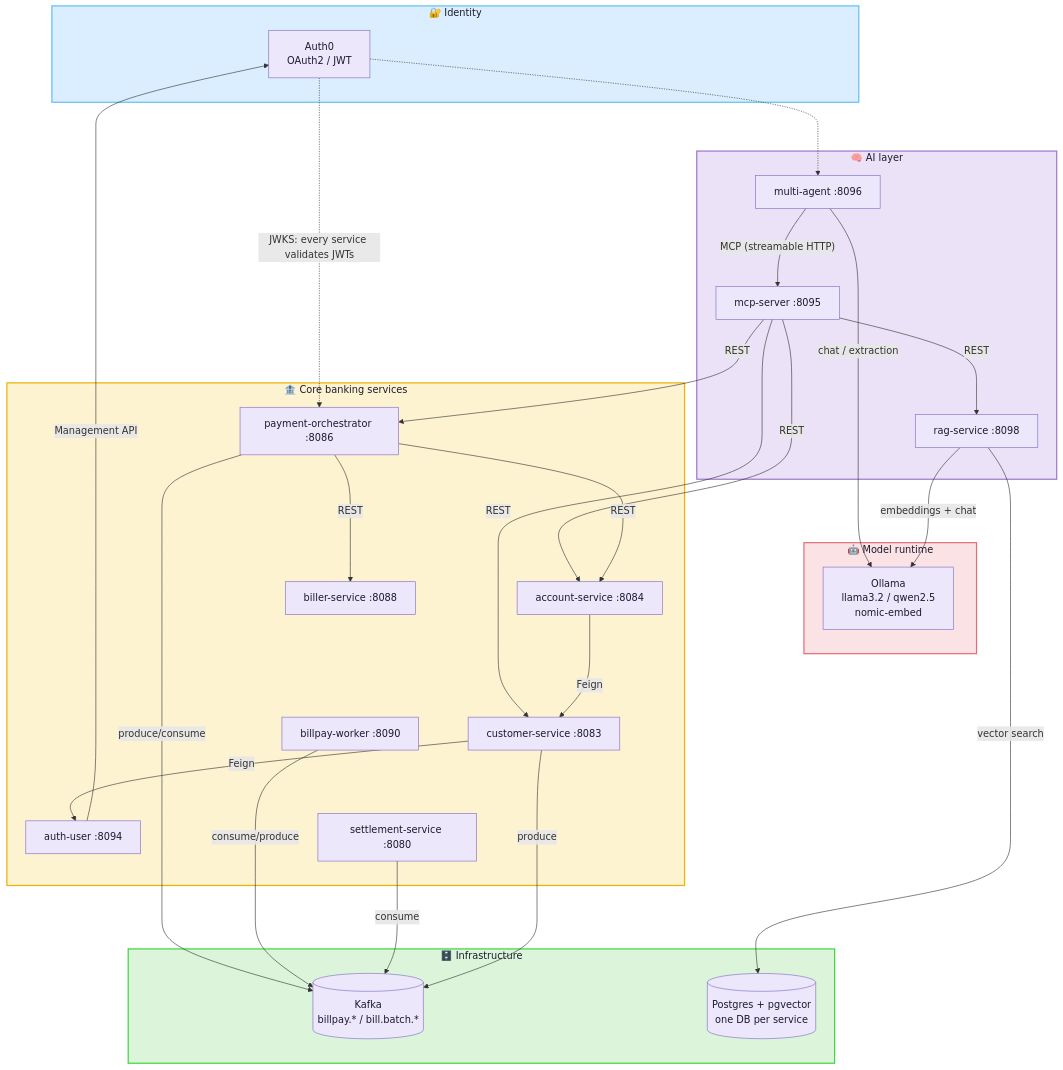
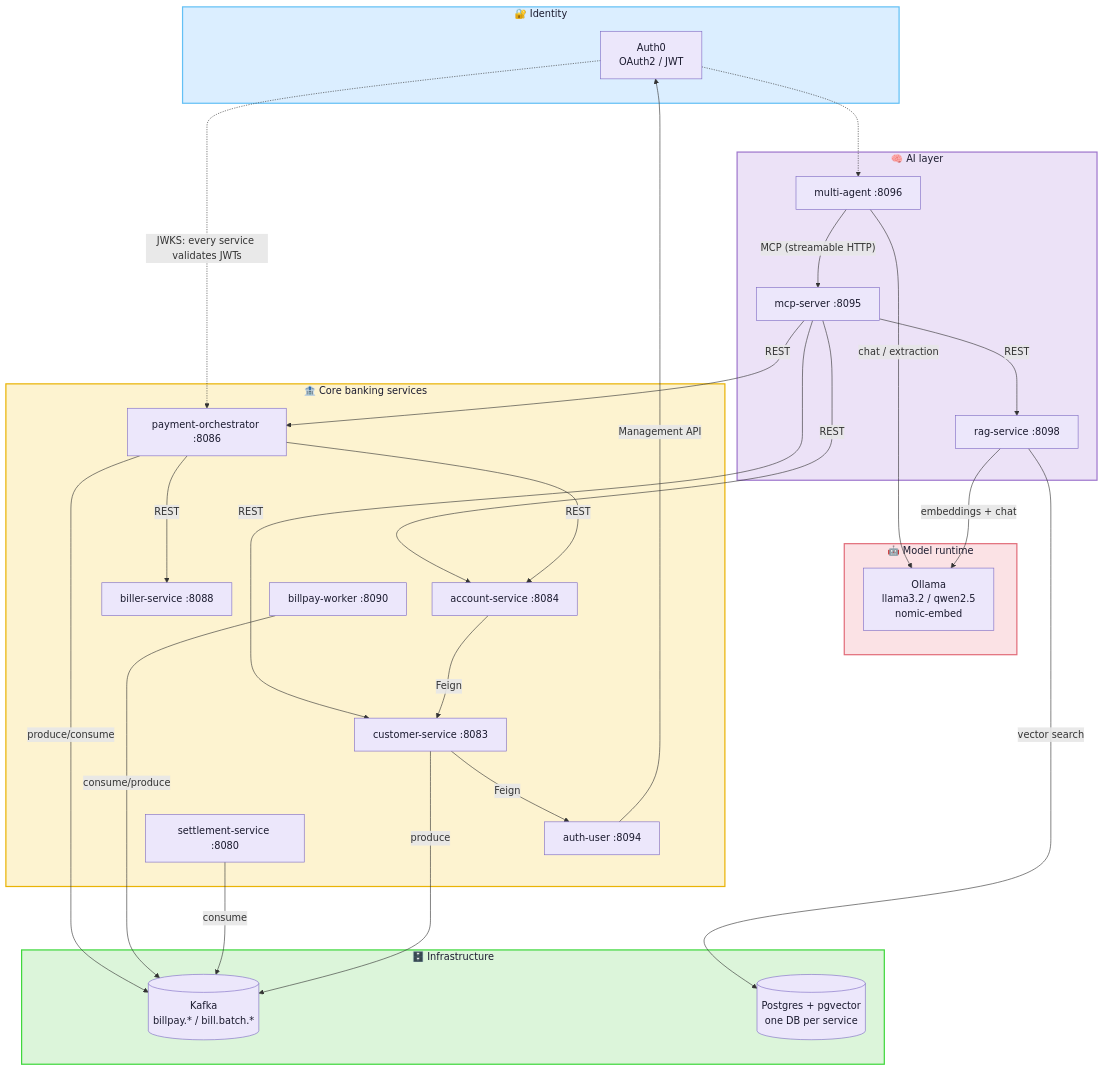
One commit to jclin0311/BankStackAI changed the diagram in README.md. Above: the diagram before and after it, drawn with Mermaid.

````diff
--- a/README.md
+++ b/README.md
@@ -17,72 +17,72 @@
 ```mermaid
 %%{init: {"flowchart": {"rankSpacing": 80, "nodeSpacing": 42, "curve": "basis"}}}%%
 flowchart TD
     subgraph Edge["🔐 Identity"]
         AUTH0["Auth0<br/>OAuth2 / JWT"]
     end
 
     subgraph AI["🧠 AI layer"]
         AGENT["multi-agent :8096"]
         MCP["mcp-server :8095"]
         RAG["rag-service :8098"]
     end
 
     subgraph Models["🤖 Model runtime"]
         OLLAMA["Ollama<br/>llama3.2 / qwen2.5<br/>nomic-embed"]
     end
 
     subgraph Core["🏦 Core banking services"]
         PAY["payment-orchestrator :8086"]
         ACCT["account-service :8084"]
         BILLER["biller-service :8088"]
         CUST["customer-service :8083"]
         AUTHU["auth-user :8094"]
         WORKER["billpay-worker :8090"]
         SETTLE["settlement-service :8080"]
     end
 
     subgraph Infra["🗄️ Infrastructure"]
         KAFKA[("Kafka<br/>billpay.* / bill.batch.*")]
         PG[("Postgres + pgvector<br/>one DB per service")]
     end
 
     AGENT -->|"MCP (streamable HTTP)"| MCP
     AGENT -->|"chat / extraction"| OLLAMA
     MCP -->|REST| RAG
     RAG -->|"embeddings + chat"| OLLAMA
     RAG -->|"vector search"| PG
-    CUST ~~~ PG
+    AUTHU ~~~ PG
     %% ^ invisible link: pulls Postgres left so the Infrastructure box
-    %%   sits centred at the bottom instead of hugging the right edge
+    %%   sits at the bottom middle instead of hugging the right edge
 
     MCP -->|REST| PAY
     MCP -->|REST| ACCT
     MCP -->|REST| CUST
 
     PAY -->|REST| BILLER
     PAY -->|REST| ACCT
     ACCT -->|Feign| CUST
     CUST -->|Feign| AUTHU
     AUTHU -->|"Management API"| AUTH0
     AUTH0 -.->|"JWKS: every service validates JWTs"| PAY
     AUTH0 -.-> AGENT
 
-    %% invisible links: fold the leaf services into a second column
-    %% so the diagram grows downwards instead of sideways
-    BILLER ~~~ WORKER
-    WORKER ~~~ SETTLE
+    %% invisible links: rank the leaf services into a second column so the
+    %% diagram grows downwards, and keep billpay-worker on the biller/account row
+    WORKER ~~~ CUST
+    CUST ~~~ SETTLE
 
     PAY -->|"produce/consume"| KAFKA
     WORKER -->|"consume/produce"| KAFKA
     SETTLE -->|consume| KAFKA
     CUST -->|produce| KAFKA
 
     classDef box fill:#ece7fb,stroke:#7e6bc4,stroke-width:1px,color:#1b1b2f
     class AGENT,MCP,RAG,OLLAMA,AUTH0,PAY,ACCT,BILLER,CUST,AUTHU,WORKER,SETTLE,KAFKA,PG box
 
     style Edge fill:#dbeeff,stroke:#63c0f5,stroke-width:2px,color:#1b1b2f
     style AI fill:#ece2f7,stroke:#9f77cd,stroke-width:2px,color:#1b1b2f
     style Models fill:#fbe2e5,stroke:#e26d7a,stroke-width:2px,color:#1b1b2f
     style Core fill:#fdf3d0,stroke:#e9b306,stroke-width:2px,color:#1b1b2f
     style Infra fill:#dcf5da,stroke:#3fd73c,stroke-width:2px,color:#1b1b2f
 ```
````
